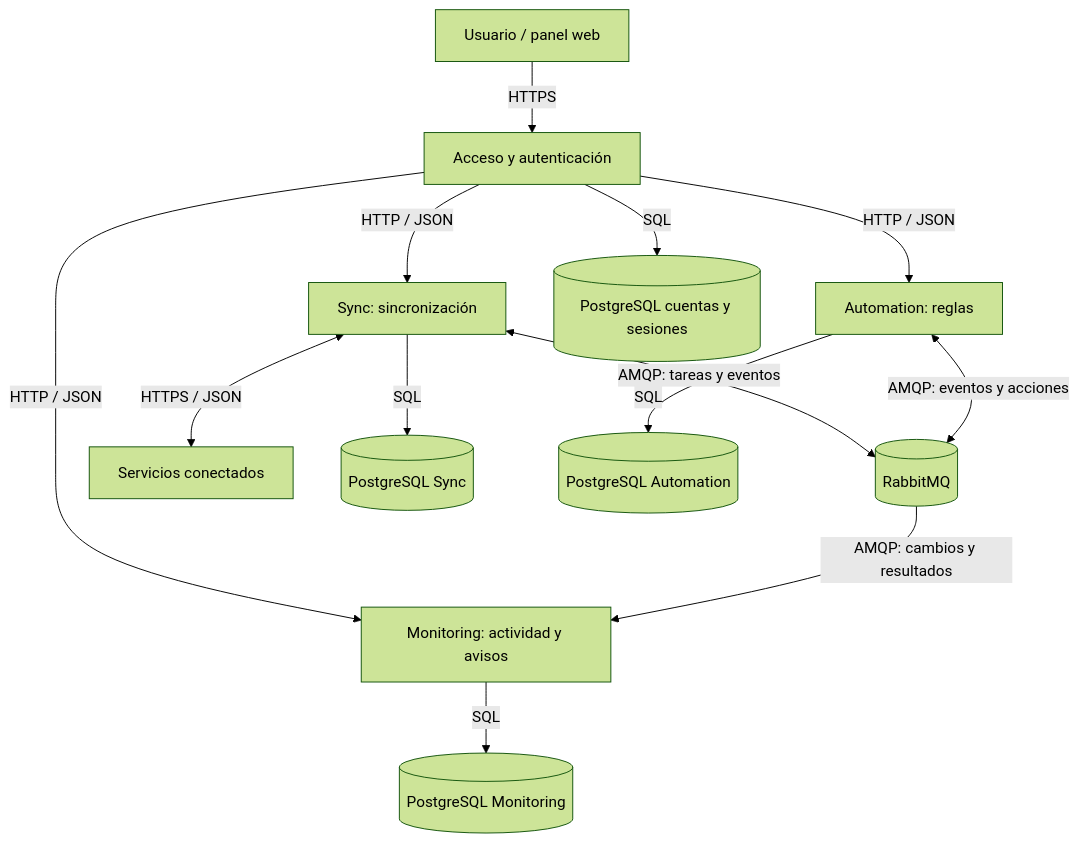
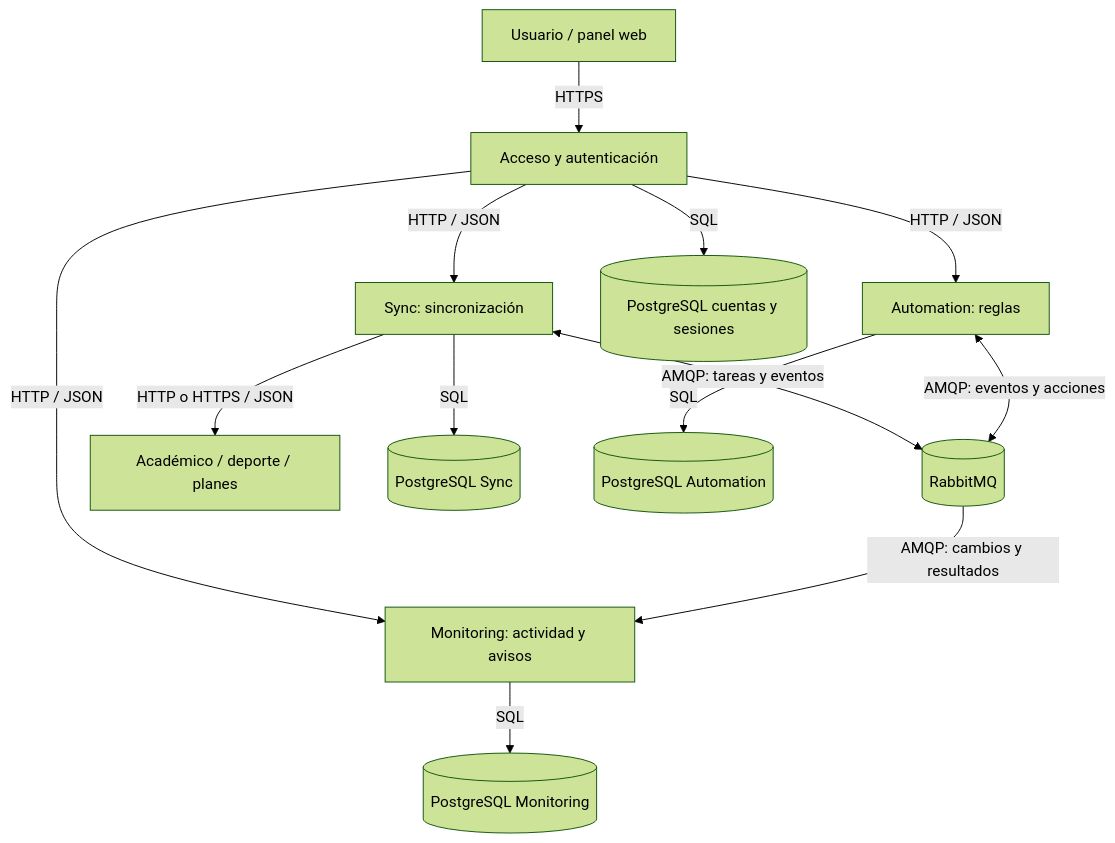
Before and after one commit to jotace-18/Synkron: the second of 3 diagrams in README.md, drawn with Mermaid (forest theme). The commit also changed other lines of this file and 7 other files, not shown here.

````diff
--- a/README.md
+++ b/README.md
@@ -35,15 +60,15 @@
 ```mermaid
 flowchart TB
     U["Usuario / panel web"] -->|HTTPS| API["Acceso y autenticación"]
     API -->|HTTP / JSON| S["Sync: sincronización"]
     API -->|HTTP / JSON| A["Automation: reglas"]
     API -->|HTTP / JSON| M["Monitoring: actividad y avisos"]
     S <-->|AMQP: tareas y eventos| Q[(RabbitMQ)]
     A <-->|AMQP: eventos y acciones| Q
     Q -->|AMQP: cambios y resultados| M
-    S <-->|HTTPS / JSON| X["Servicios conectados"]
+    S -->|HTTP o HTTPS / JSON| X["Académico / deporte / planes"]
     S -->|SQL| DS[(PostgreSQL Sync)]
     A -->|SQL| DA[(PostgreSQL Automation)]
     M -->|SQL| DM[(PostgreSQL Monitoring)]
     API -->|SQL| DU[(PostgreSQL cuentas y sesiones)]
 ```
````
